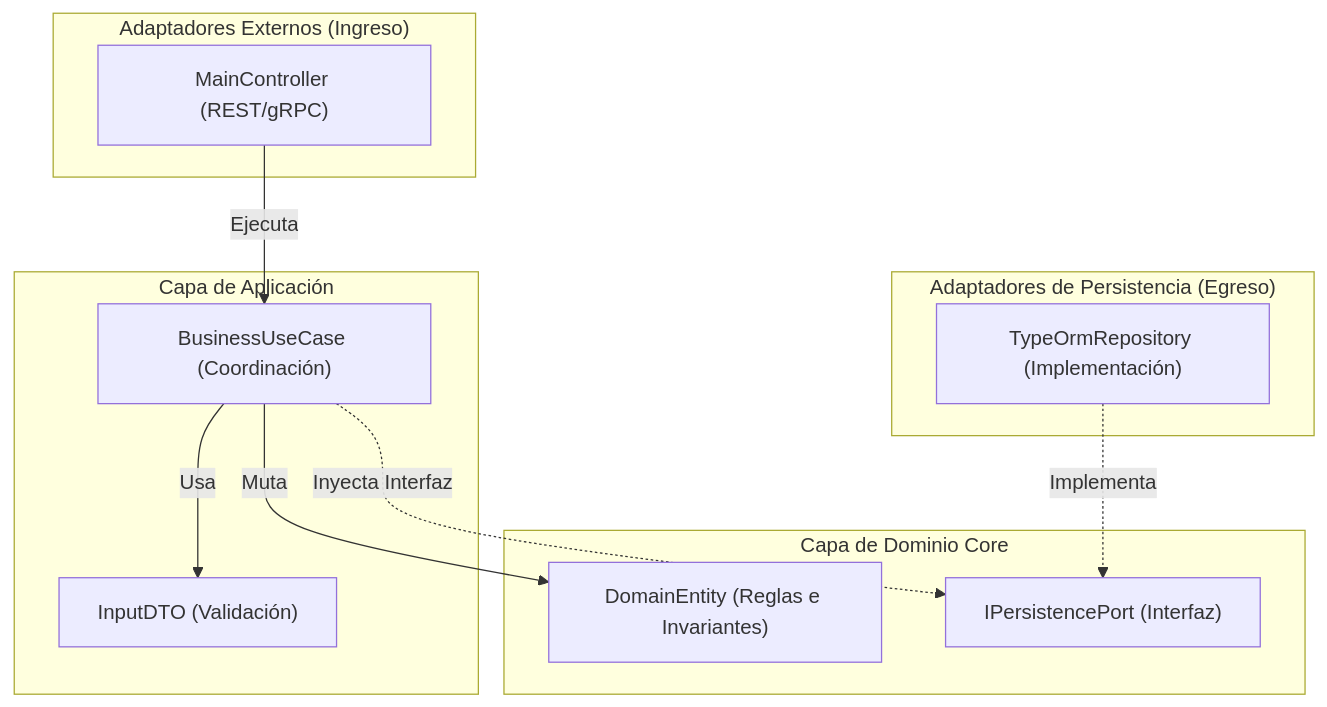
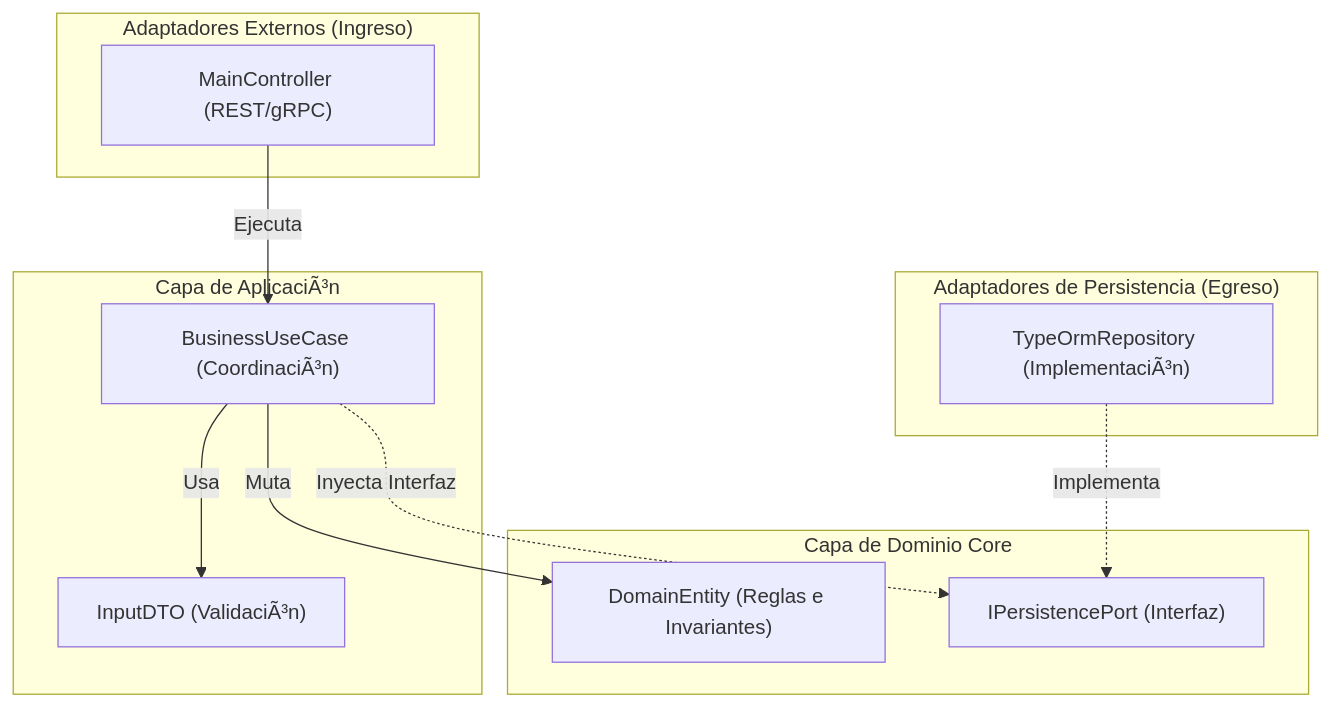
One commit to beyondnetcode/arc32_nodejs_progresive_monolith changed the third of 3 diagrams in architecture/blueprints-es/c4-topology-spec.md. Above: the diagram before and after it, drawn with Mermaid. The commit also changed other lines of this file and 303 other files, not shown here.

````diff
--- a/architecture/blueprints-es/c4-topology-spec.md
+++ b/architecture/blueprints-es/c4-topology-spec.md
@@ -94,26 +94,26 @@
 ```mermaid
 graph TD
     subgraph HTTP["Adaptadores Externos (Ingreso)"]
         Controller["MainController (REST/gRPC)"]
     end
 
-    subgraph Application["Capa de Aplicación"]
-        UseCase["BusinessUseCase (Coordinación)"]
-        DTO["InputDTO (Validación)"]
+    subgraph Application["Capa de AplicaciÃ³n"]
+        UseCase["BusinessUseCase (CoordinaciÃ³n)"]
+        DTO["InputDTO (ValidaciÃ³n)"]
     end
 
     subgraph Core["Capa de Dominio Core"]
         Entity["DomainEntity (Reglas e Invariantes)"]
         IPersistencePort["IPersistencePort (Interfaz)"]
     end
 
     subgraph Infrastructure["Adaptadores de Persistencia (Egreso)"]
-        TypeOrmAdapter["TypeOrmRepository (Implementación)"]
+        TypeOrmAdapter["TypeOrmRepository (ImplementaciÃ³n)"]
     end
 
     Controller -->|Ejecuta| UseCase
     UseCase -->|Usa| DTO
     UseCase -->|Muta| Entity
     UseCase -.->|Inyecta Interfaz| IPersistencePort
     TypeOrmAdapter -.->|Implementa| IPersistencePort
 ```
````
